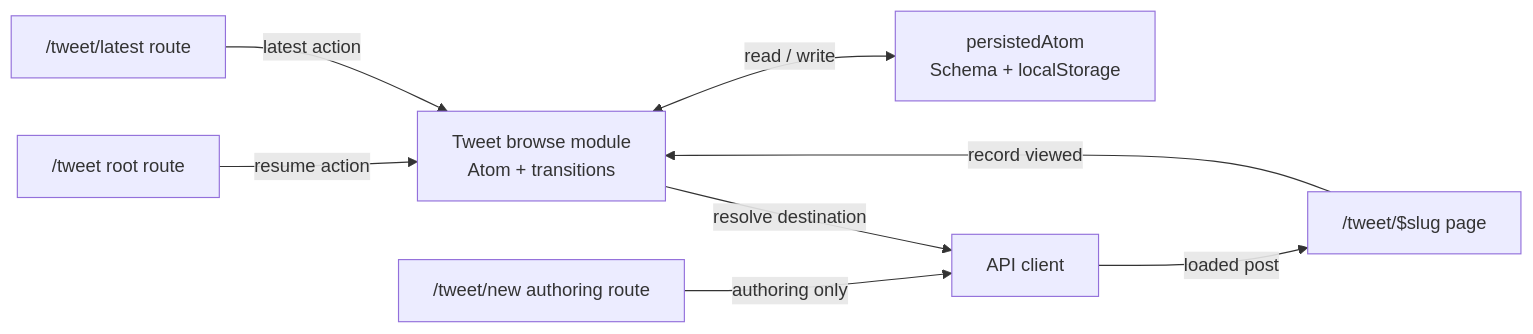
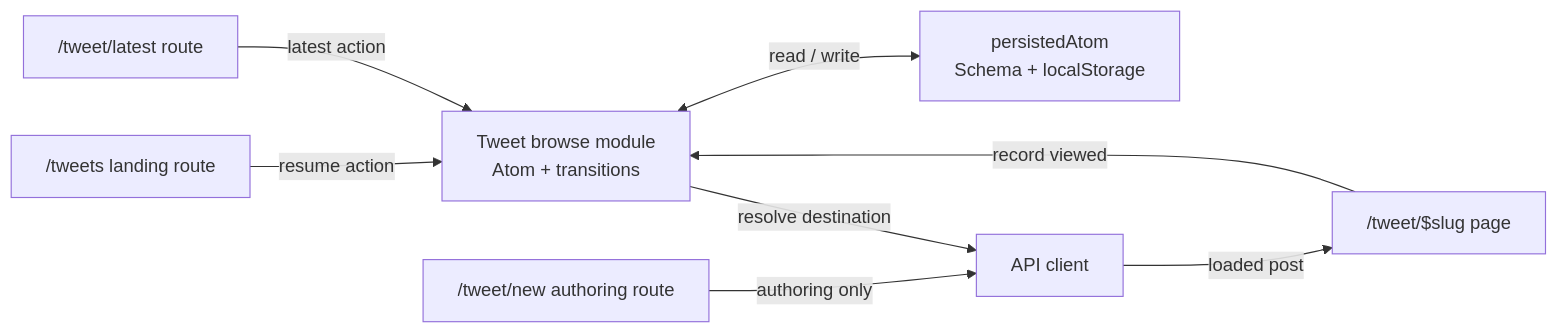
Before and after one commit to guidefari/gbfm: the diagram in docs/tweet-browse-history-plan.md, drawn with Mermaid. The commit also changed other lines of this file and 5 other files, not shown here.

Commit message:
feat(www): make tweets the canonical landing route

````diff
--- a/docs/tweet-browse-history-plan.md
+++ b/docs/tweet-browse-history-plan.md
@@ -473,18 +475,18 @@
 ```mermaid
 flowchart LR
-  Root["/tweet root route"]
+  Root["/tweets landing route"]
   Latest["/tweet/latest route"]
   Author["/tweet/new authoring route"]
   Browse["Tweet browse module<br/>Atom + transitions"]
   Storage["persistedAtom<br/>Schema + localStorage"]
   API["API client"]
   Page["/tweet/$slug page"]
 
   Root -->|resume action| Browse
   Latest -->|latest action| Browse
   Author -->|authoring only| API
   Browse <-->|read / write| Storage
   Browse -->|resolve destination| API
   API -->|loaded post| Page
   Page -->|record viewed| Browse
 ```
````
